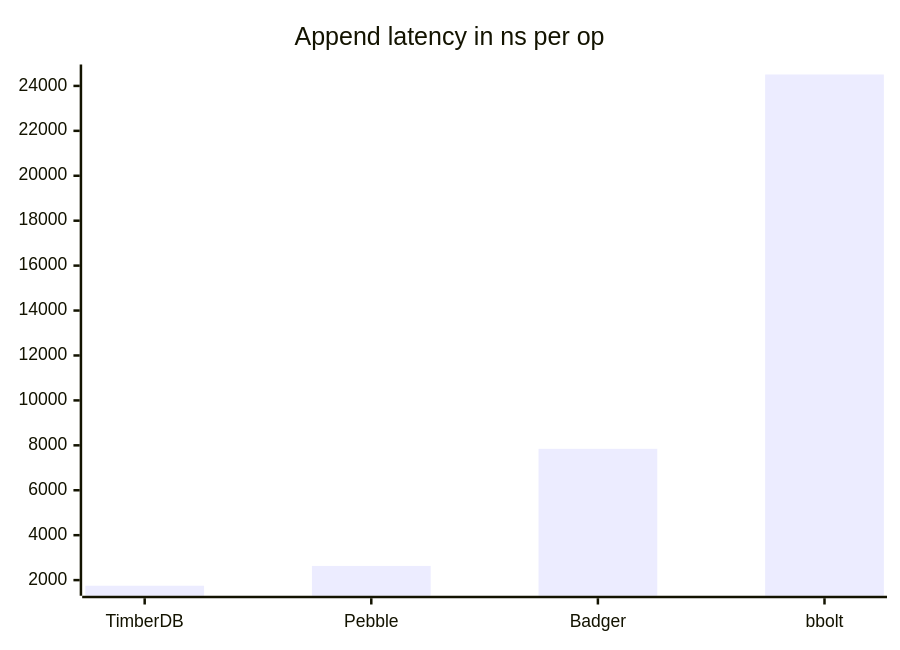
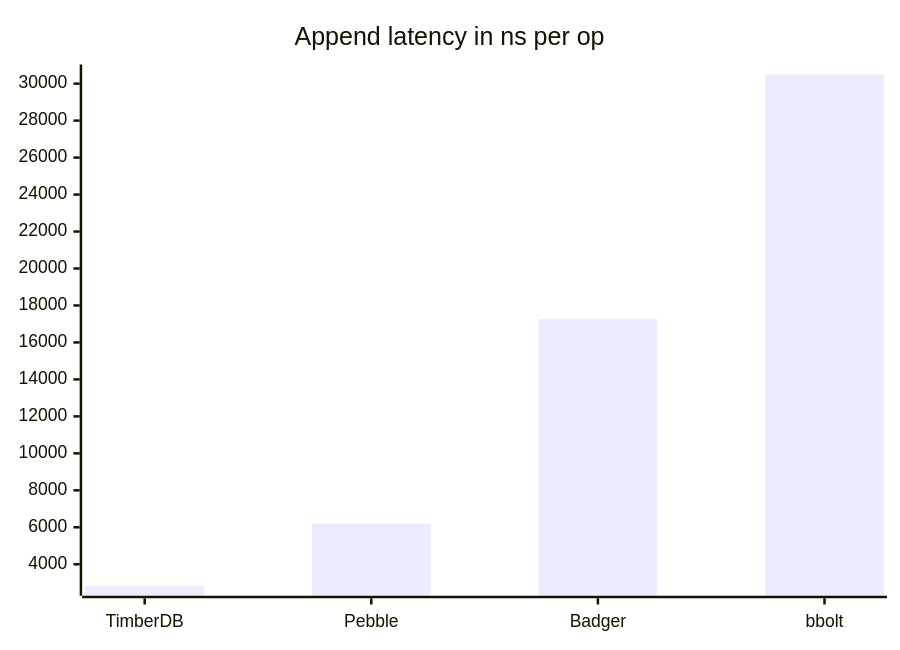
The second of 3 diagrams in README.md (ngaddam369/timberdb), drawn with Mermaid before and after one commit. The commit also changed other lines of this file and 11 other files, not shown here.

````diff
--- a/README.md
+++ b/README.md
@@ -59,6 +60,6 @@
 ```mermaid
 xychart-beta
     title "Append latency in ns per op"
     x-axis [TimberDB, Pebble, Badger, bbolt]
-    bar [1749, 2632, 7845, 24508]
+    bar [2837, 6204, 17262, 30495]
 ```
````
